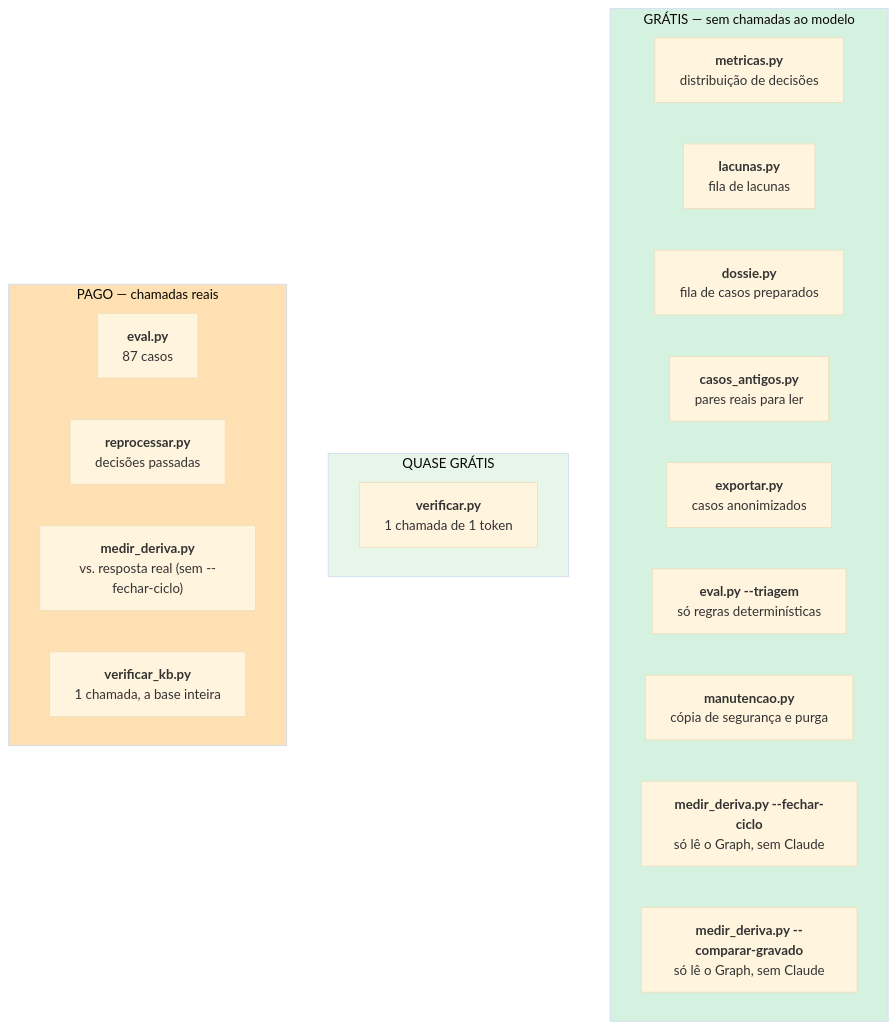
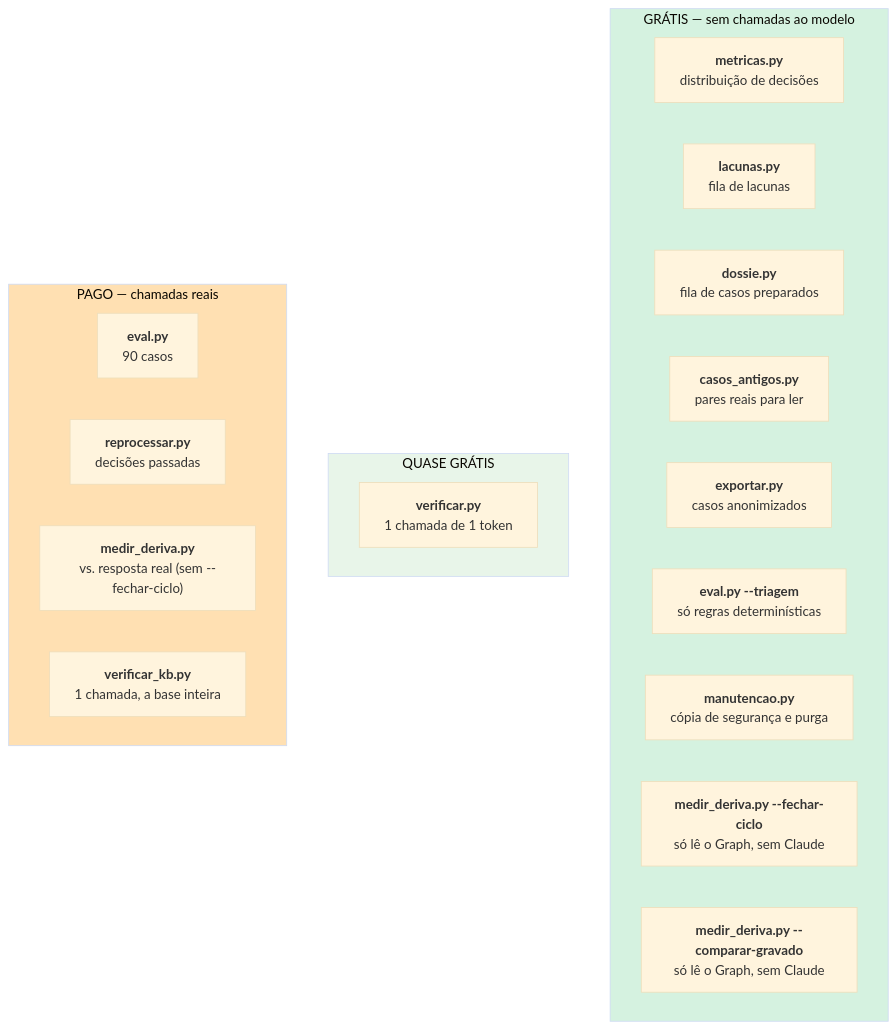
Before and after one commit to joaocarvalhini/Outlook-Reply-Assistant: the diagram in docs/06-engineering/operations.md, drawn with Mermaid (base theme). The commit also changed 10 other files, not shown here.

````diff
--- a/docs/06-engineering/operations.md
+++ b/docs/06-engineering/operations.md
@@ -22,26 +22,26 @@
 ```mermaid
 flowchart TB
     subgraph G["GRÁTIS — sem chamadas ao modelo"]
         G1["<b>metricas.py</b><br/>distribuição de decisões"]
         G2["<b>lacunas.py</b><br/>fila de lacunas"]
         G3["<b>dossie.py</b><br/>fila de casos preparados"]
         G4["<b>casos_antigos.py</b><br/>pares reais para ler"]
         G5["<b>exportar.py</b><br/>casos anonimizados"]
         G6["<b>eval.py --triagem</b><br/>só regras determinísticas"]
         G7["<b>manutencao.py</b><br/>cópia de segurança e purga"]
         G8["<b>medir_deriva.py --fechar-ciclo</b><br/>só lê o Graph, sem Claude"]
         G9["<b>medir_deriva.py --comparar-gravado</b><br/>só lê o Graph, sem Claude"]
     end
     subgraph Q["QUASE GRÁTIS"]
         Q1["<b>verificar.py</b><br/>1 chamada de 1 token"]
     end
     subgraph P["PAGO — chamadas reais"]
-        P1["<b>eval.py</b><br/>87 casos"]
+        P1["<b>eval.py</b><br/>90 casos"]
         P2["<b>reprocessar.py</b><br/>decisões passadas"]
         P3["<b>medir_deriva.py</b><br/>vs. resposta real (sem --fechar-ciclo)"]
         P4["<b>verificar_kb.py</b><br/>1 chamada, a base inteira"]
     end
     style G fill:#d5f2e0
     style Q fill:#e8f5e9
     style P fill:#ffe0b2
 ```
````
